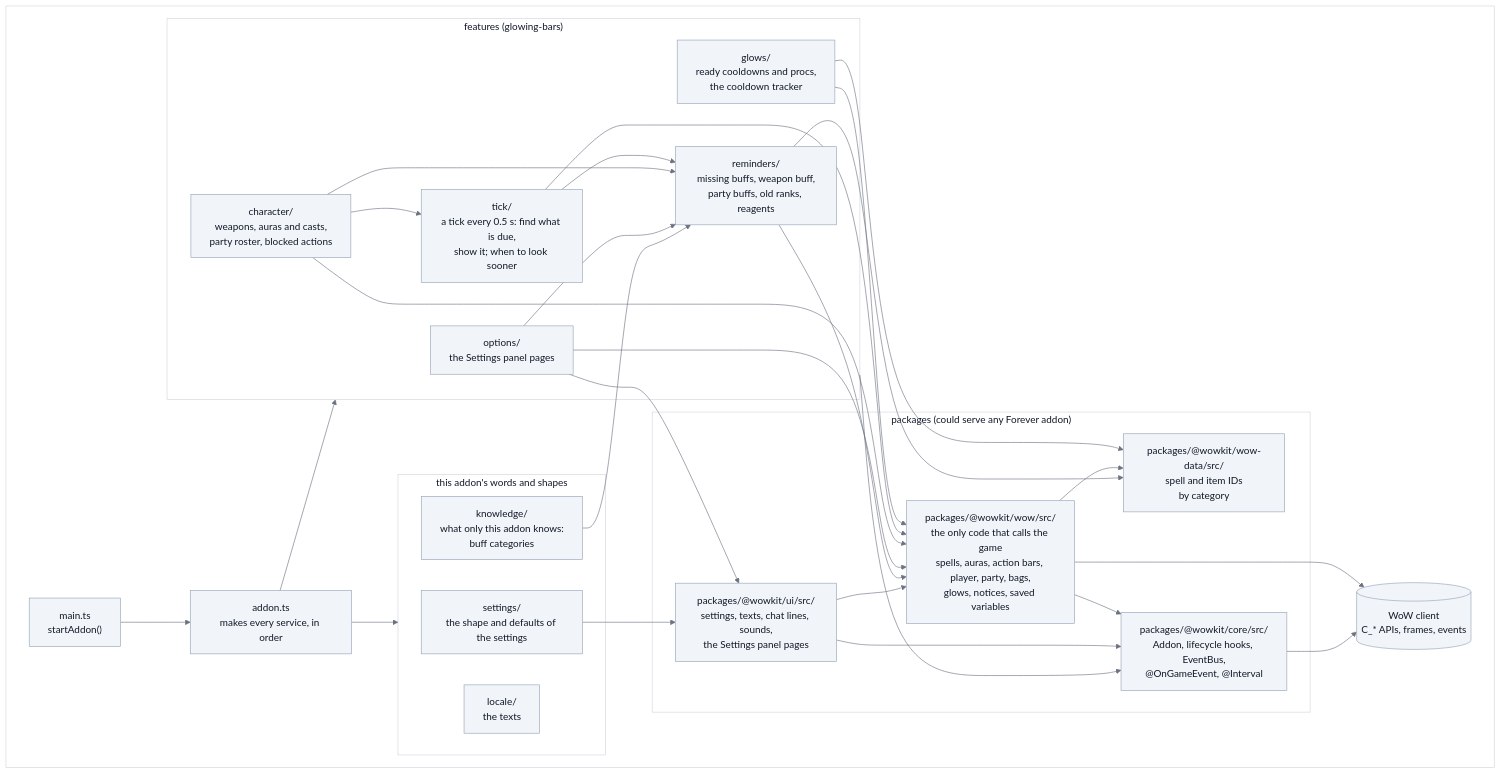
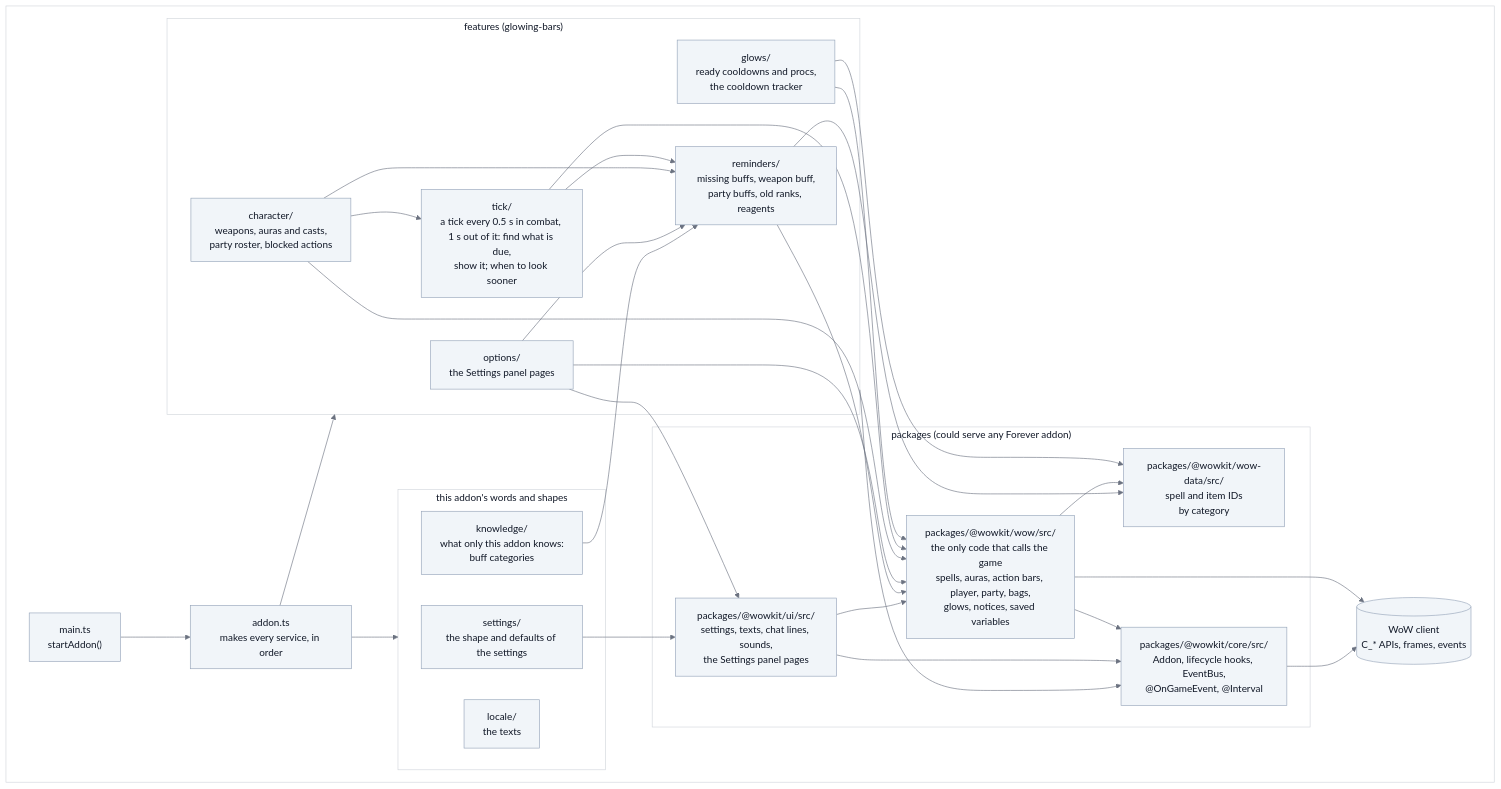
The third of 9 diagrams in docs/architecture.md (Milzstream/wowkit), drawn with Mermaid before and after one commit. The commit also changed other lines of this file and 8 other files, not shown here.

First line of the commit message:
perf(glowing-bars): check every second out of combat

````diff
--- a/docs/architecture.md
+++ b/docs/architecture.md
@@ -112,58 +112,58 @@
 ```mermaid
 %%{init: {"theme":"base","themeVariables":{"background":"#ffffff","lineColor":"#6b7280","textColor":"#111827","primaryColor":"#f1f5f9","primaryTextColor":"#111827","primaryBorderColor":"#94a3b8","secondaryColor":"#e2e8f0","tertiaryColor":"#ffffff","mainBkg":"#f1f5f9","nodeBorder":"#94a3b8","nodeTextColor":"#111827","titleColor":"#111827","edgeLabelBackground":"#ffffff","labelBackground":"#ffffff","labelTextColor":"#111827","clusterBkg":"#ffffff","clusterBorder":"#d1d5db","classText":"#111827","actorBkg":"#f1f5f9","actorTextColor":"#111827","actorBorder":"#94a3b8","actorLineColor":"#6b7280","signalColor":"#374151","signalTextColor":"#111827","noteBkgColor":"#fef9c3","noteTextColor":"#111827","noteBorderColor":"#ca8a04"}}}%%
 flowchart TB
     classDef default fill:#f1f5f9,stroke:#94a3b8,color:#111827
     subgraph PANEL[" "]
         main["main.ts<br/>startAddon()"] --> wiring["addon.ts<br/>makes every service, in order"]
 
         subgraph words["this addon's words and shapes"]
             settings["settings/<br/>the shape and defaults of the settings"]
             locale["locale/<br/>the texts"]
             knowledge["knowledge/<br/>what only this addon knows:<br/>buff categories"]
         end
 
         subgraph features["features (glowing-bars)"]
-            tick["tick/<br/>a tick every 0.5 s: find what is due,<br/>show it; when to look sooner"]
+            tick["tick/<br/>a tick every 0.5 s in combat, 1 s out of it: find what is due,<br/>show it; when to look sooner"]
             character["character/<br/>weapons, auras and casts,<br/>party roster, blocked actions"]
             options["options/<br/>the Settings panel pages"]
             reminders["reminders/<br/>missing buffs, weapon buff,<br/>party buffs, old ranks, reagents"]
             glows["glows/<br/>ready cooldowns and procs,<br/>the cooldown tracker"]
         end
 
 
         subgraph toolkit["packages (could serve any Forever addon)"]
             ui["packages/@wowkit/ui/src/<br/>settings, texts, chat lines, sounds,<br/>the Settings panel pages"]
             wow["packages/@wowkit/wow/src/<br/>the only code that calls the game<br/>spells, auras, action bars, player, party, bags,<br/>glows, notices, saved variables"]
             wowdata["packages/@wowkit/wow-data/src/<br/>spell and item IDs<br/>by category"]
             core["packages/@wowkit/core/src/<br/>Addon, lifecycle hooks, EventBus,<br/>@OnGameEvent, @Interval"]
         end
 
         game[("WoW client<br/>C_* APIs, frames, events")]
 
         wiring --> words
         wiring --> features
         glows --> wow
         glows --> wowdata
         wow --> wowdata
         reminders --> wowdata
         tick --> reminders
         tick --> wow
         character --> tick
         character --> reminders
         character --> wow
         options --> reminders
         options --> ui
         options --> wow
         knowledge --> reminders
         reminders --> wow
         settings --> ui
         ui --> wow
         wow --> game
         wow --> core
         ui --> core
         core --> game
         features --> core
     end
     classDef panel fill:#ffffff,stroke:#d1d5db,color:#111827
     class PANEL panel
 ```
````
